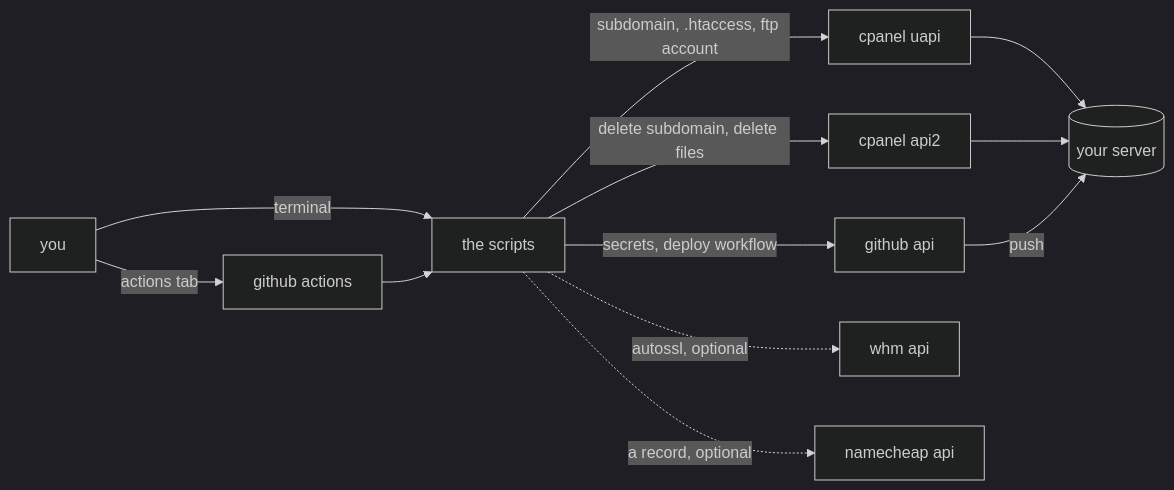
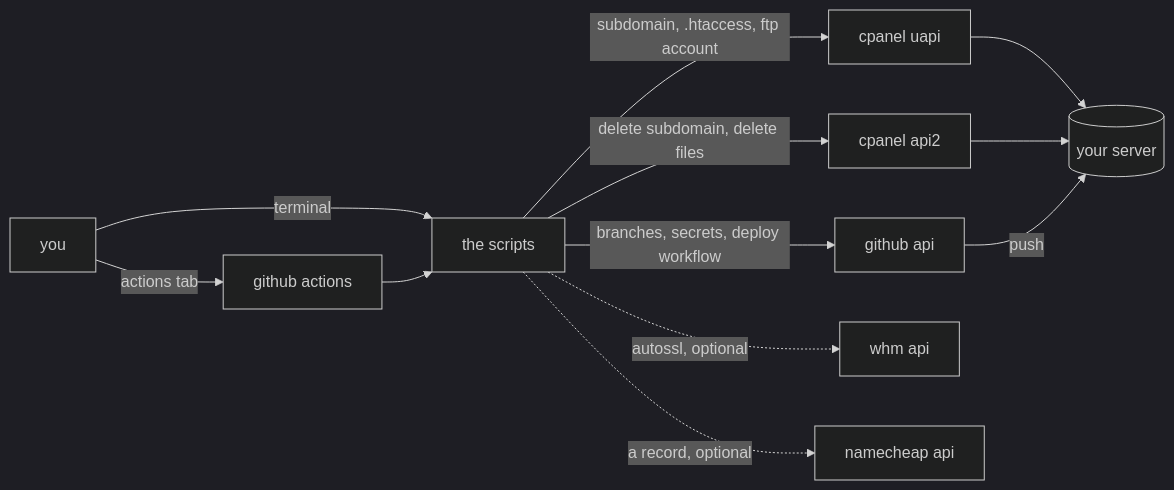
The diagram in README.md (leandroestrella/hammerspace), drawn with Mermaid before and after one commit. The commit also changed other lines of this file and 12 other files, not shown here.

````diff
--- a/README.md
+++ b/README.md
@@ -25,15 +25,15 @@
 ```mermaid
 %%{init: {'theme': 'dark'}}%%
 flowchart LR
     YOU[you] -->|actions tab| GHA[github actions]
     YOU -->|terminal| CLI[the scripts]
     GHA --> CLI
     CLI -->|subdomain, .htaccess, ftp account| UAPI[cpanel uapi]
     CLI -->|delete subdomain, delete files| API2[cpanel api2]
-    CLI -->|secrets, deploy workflow| GH[github api]
+    CLI -->|branches, secrets, deploy workflow| GH[github api]
     CLI -.->|autossl, optional| WHM[whm api]
     CLI -.->|a record, optional| NC[namecheap api]
     UAPI --> SRV[(your server)]
     API2 --> SRV
     GH -->|push| SRV
 ```
````
